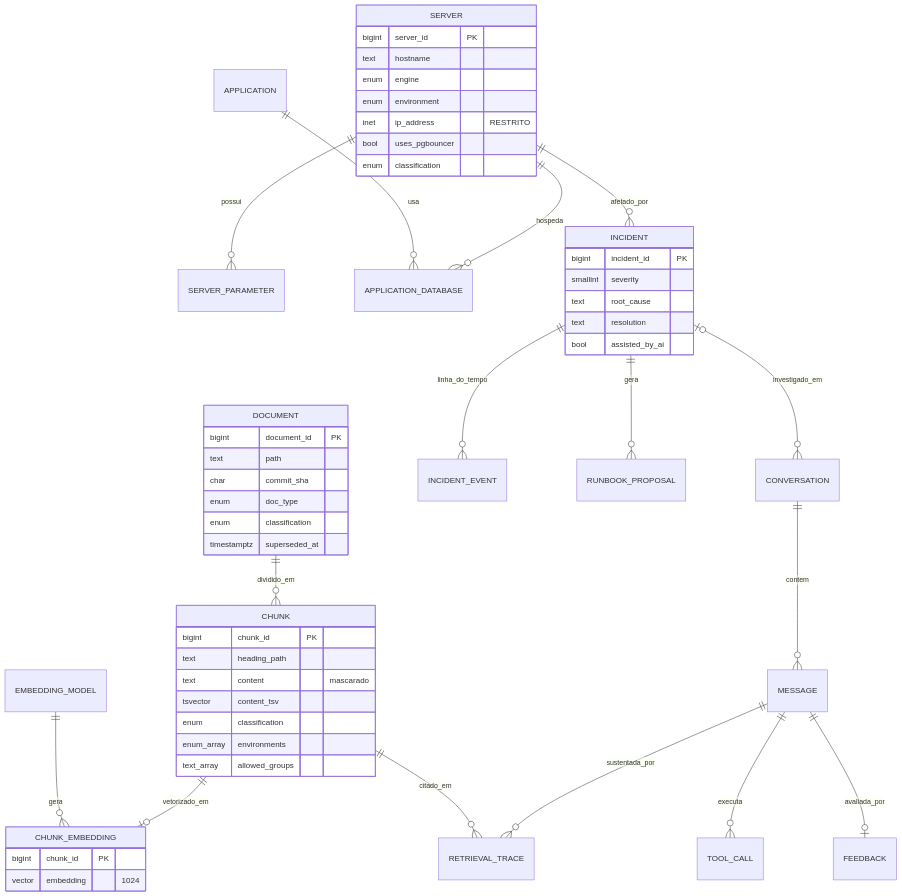
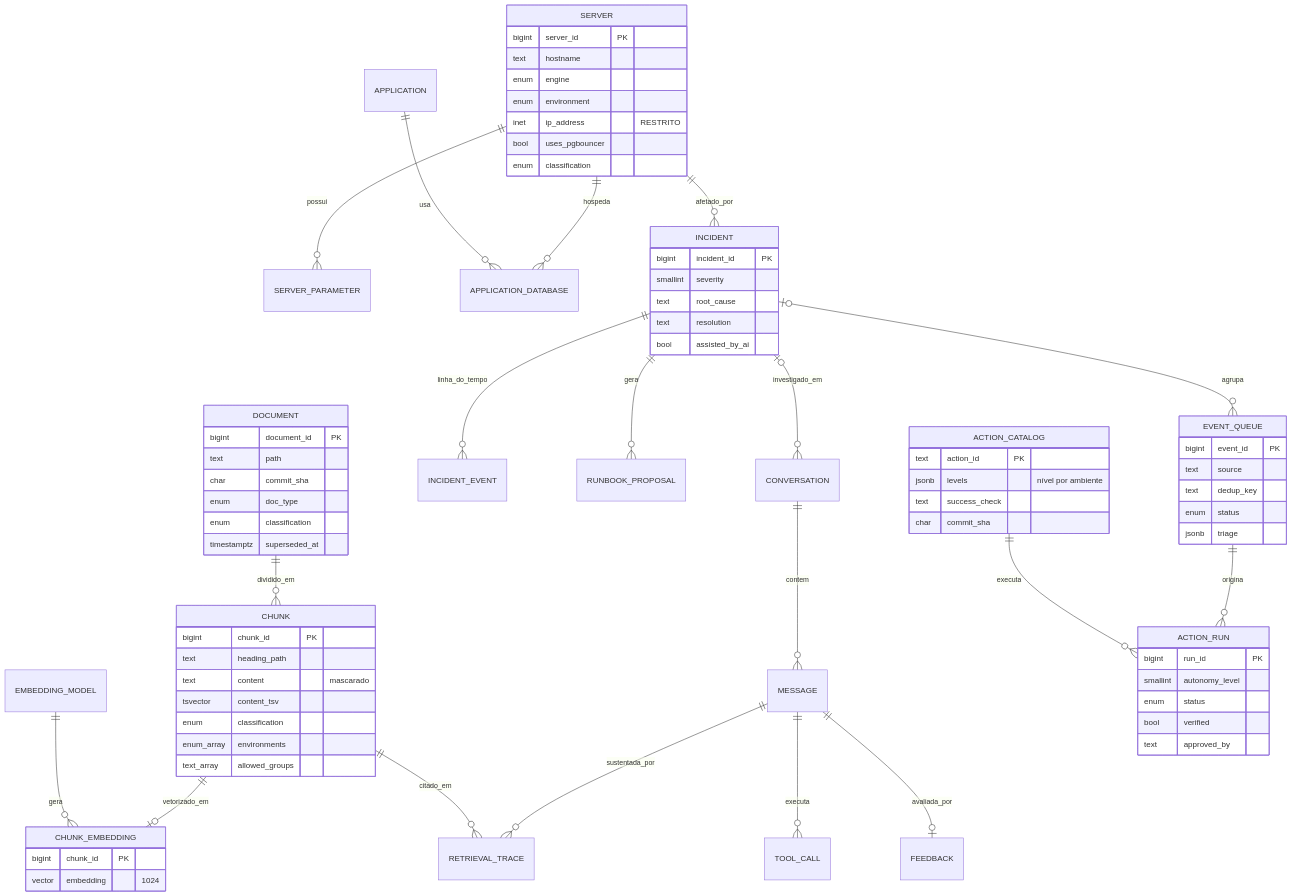
Before and after one commit to svponte/ppca.preprojeto: the diagram in docs/03-modelo-de-dados.md, drawn with Mermaid. The commit also changed other lines of this file and 21 other files, not shown here.

````diff
--- a/docs/03-modelo-de-dados.md
+++ b/docs/03-modelo-de-dados.md
@@ -27,56 +28,79 @@
 ```mermaid
 erDiagram
     SERVER ||--o{ SERVER_PARAMETER : possui
     SERVER ||--o{ APPLICATION_DATABASE : hospeda
     APPLICATION ||--o{ APPLICATION_DATABASE : usa
     DOCUMENT ||--o{ CHUNK : dividido_em
     CHUNK ||--o| CHUNK_EMBEDDING : vetorizado_em
     EMBEDDING_MODEL ||--o{ CHUNK_EMBEDDING : gera
     SERVER ||--o{ INCIDENT : afetado_por
     INCIDENT ||--o{ INCIDENT_EVENT : linha_do_tempo
     INCIDENT ||--o{ RUNBOOK_PROPOSAL : gera
     CONVERSATION ||--o{ MESSAGE : contem
     INCIDENT |o--o{ CONVERSATION : investigado_em
     MESSAGE ||--o{ RETRIEVAL_TRACE : sustentada_por
     CHUNK ||--o{ RETRIEVAL_TRACE : citado_em
     MESSAGE ||--o{ TOOL_CALL : executa
     MESSAGE ||--o| FEEDBACK : avaliada_por
+    EVENT_QUEUE ||--o{ ACTION_RUN : origina
+    ACTION_CATALOG ||--o{ ACTION_RUN : executa
+    INCIDENT |o--o{ EVENT_QUEUE : agrupa
 
     SERVER {
         bigint server_id PK
         text hostname
         enum engine
         enum environment
         inet ip_address "RESTRITO"
         bool uses_pgbouncer
         enum classification
     }
     DOCUMENT {
         bigint document_id PK
         text path
         char commit_sha
         enum doc_type
         enum classification
         timestamptz superseded_at
     }
     CHUNK {
         bigint chunk_id PK
         text heading_path
         text content "mascarado"
         tsvector content_tsv
         enum classification
         enum_array environments
         text_array allowed_groups
     }
     CHUNK_EMBEDDING {
         bigint chunk_id PK
         vector embedding "1024"
     }
     INCIDENT {
         bigint incident_id PK
         smallint severity
         text root_cause
         text resolution
         bool assisted_by_ai
     }
+    EVENT_QUEUE {
+        bigint event_id PK
+        text source
+        text dedup_key
+        enum status
+        jsonb triage
+    }
+    ACTION_CATALOG {
+        text action_id PK
+        jsonb levels "nível por ambiente"
+        text success_check
+        char commit_sha
+    }
+    ACTION_RUN {
+        bigint run_id PK
+        smallint autonomy_level
+        enum status
+        bool verified
+        text approved_by
+    }
 ```
````
